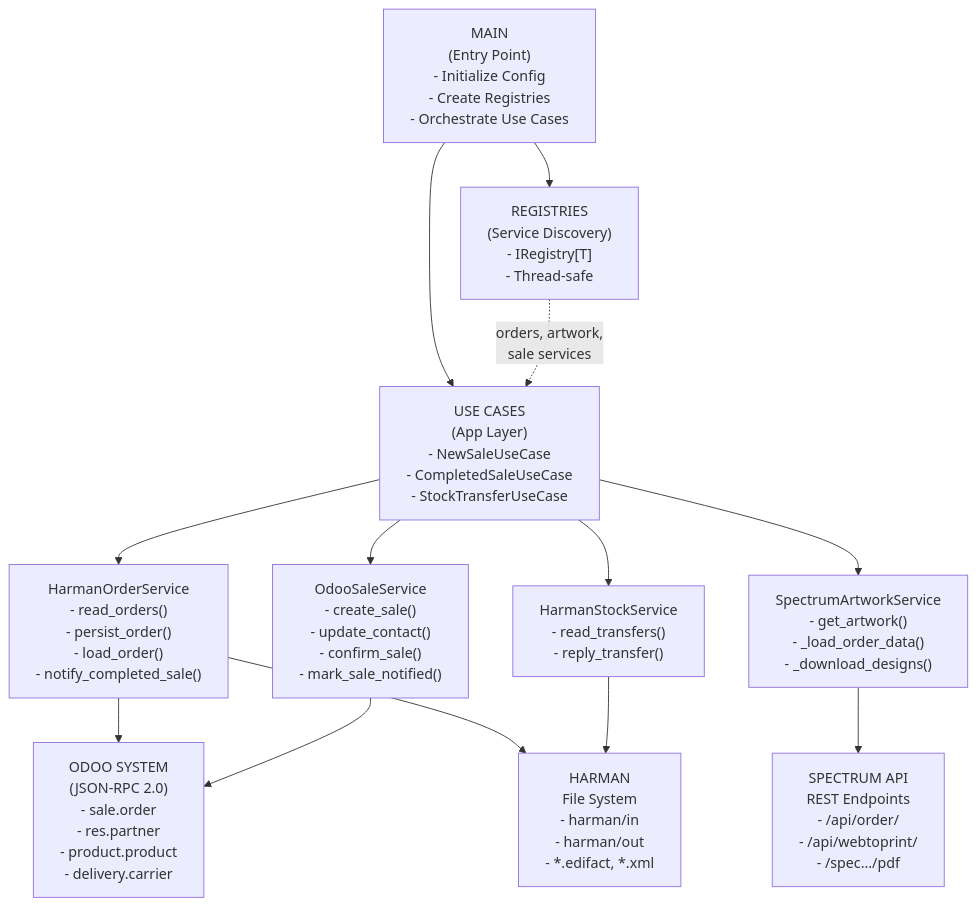
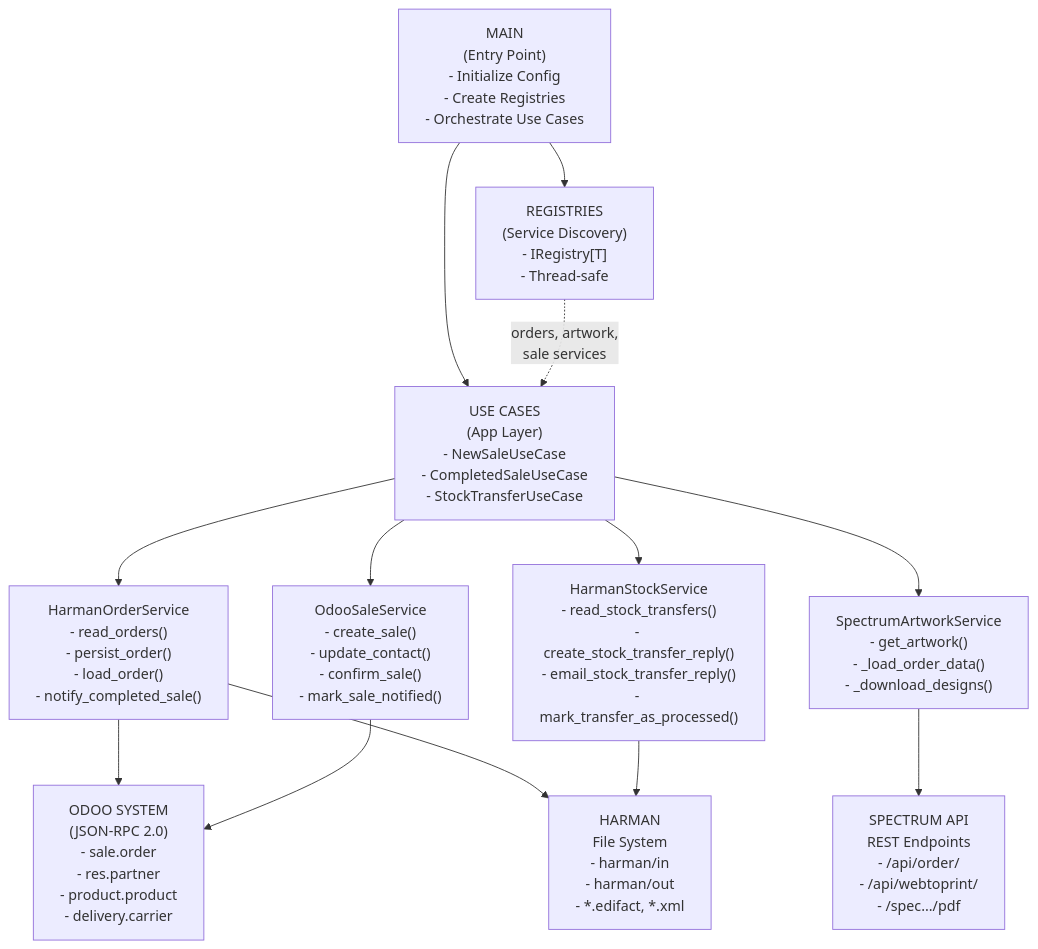
One commit to itdeonet/external_order changed the first of 7 diagrams in ARCHITECTURE_DIAGRAMS.md. Above: the diagram before and after it, drawn with Mermaid. The commit also changed other lines of this file and 8 other files, not shown here.

Commit message:
Refactor stock transfer processing: update IStockService methods, enhance HarmanStockService, and modify StockTransferUseCase to create, email, and mark transfers as processed; update tests accordingly.

````diff
--- a/ARCHITECTURE_DIAGRAMS.md
+++ b/ARCHITECTURE_DIAGRAMS.md
@@ -5,35 +5,35 @@
 ```mermaid
 graph TD
     Main["MAIN<br/>(Entry Point)<br/>- Initialize Config<br/>- Create Registries<br/>- Orchestrate Use Cases"]
     
     UC["USE CASES<br/>(App Layer)<br/>- NewSaleUseCase<br/>- CompletedSaleUseCase<br/>- StockTransferUseCase"]
     
     Reg["REGISTRIES<br/>(Service Discovery)<br/>- IRegistry[T]<br/>- Thread-safe"]
     
     OrderSvc["HarmanOrderService<br/>- read_orders()<br/>- persist_order()<br/>- load_order()<br/>- notify_completed_sale()"]
     
     SaleSvc["OdooSaleService<br/>- create_sale()<br/>- update_contact()<br/>- confirm_sale()<br/>- mark_sale_notified()"]
     
     ArtSvc["SpectrumArtworkService<br/>- get_artwork()<br/>- _load_order_data()<br/>- _download_designs()"]
     
-    StockSvc["HarmanStockService<br/>- read_transfers()<br/>- reply_transfer()"]
+    StockSvc["HarmanStockService<br/>- read_stock_transfers()<br/>- create_stock_transfer_reply()<br/>- email_stock_transfer_reply()<br/>- mark_transfer_as_processed()"]
     
     Odoo["ODOO SYSTEM<br/>(JSON-RPC 2.0)<br/>- sale.order<br/>- res.partner<br/>- product.product<br/>- delivery.carrier"]
     
     Harman["HARMAN<br/>File System<br/>- harman/in<br/>- harman/out<br/>- *.edifact, *.xml"]
     
     Spectrum["SPECTRUM API<br/>REST Endpoints<br/>- /api/order/<br/>- /api/webtoprint/<br/>- /spec.../pdf"]
     
     Main --> UC
     Main --> Reg
     UC --> OrderSvc
     UC --> SaleSvc
     UC --> ArtSvc
     UC --> StockSvc
     Reg -.->|orders, artwork,<br/>sale services| UC
     OrderSvc --> Odoo
     OrderSvc --> Harman
     SaleSvc --> Odoo
     ArtSvc --> Spectrum
     StockSvc --> Harman
 ```
````
